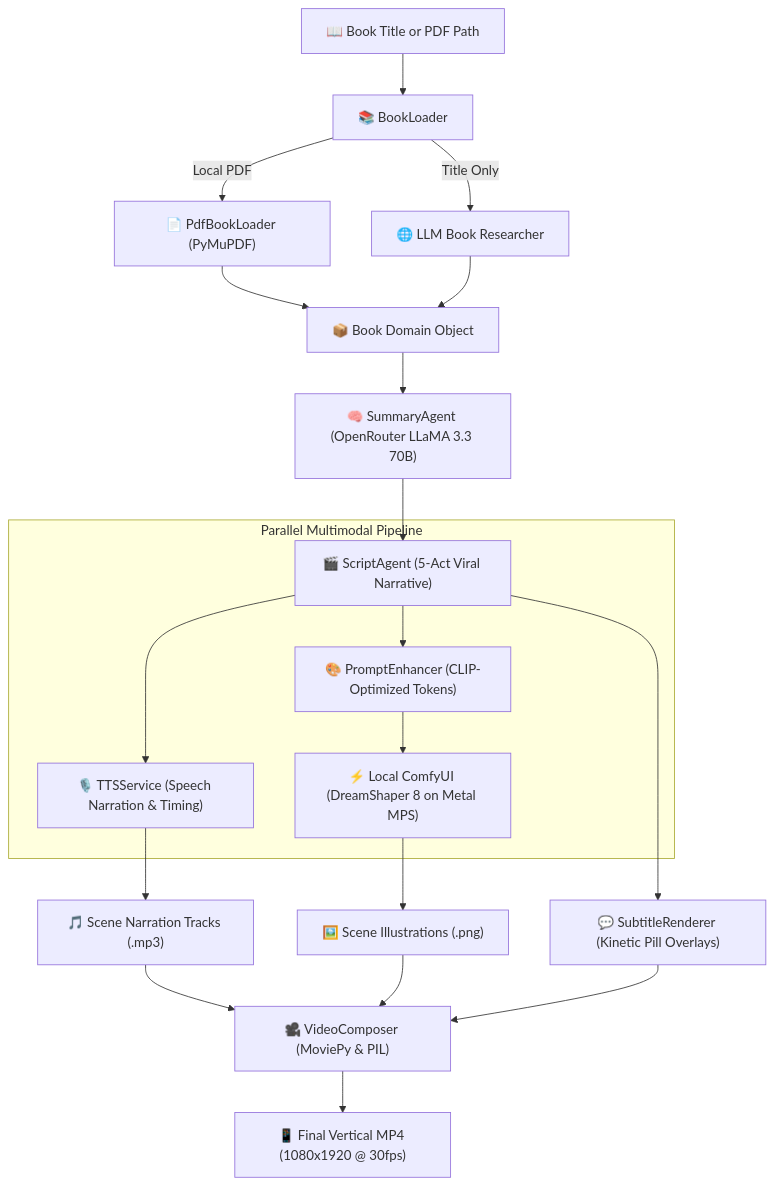
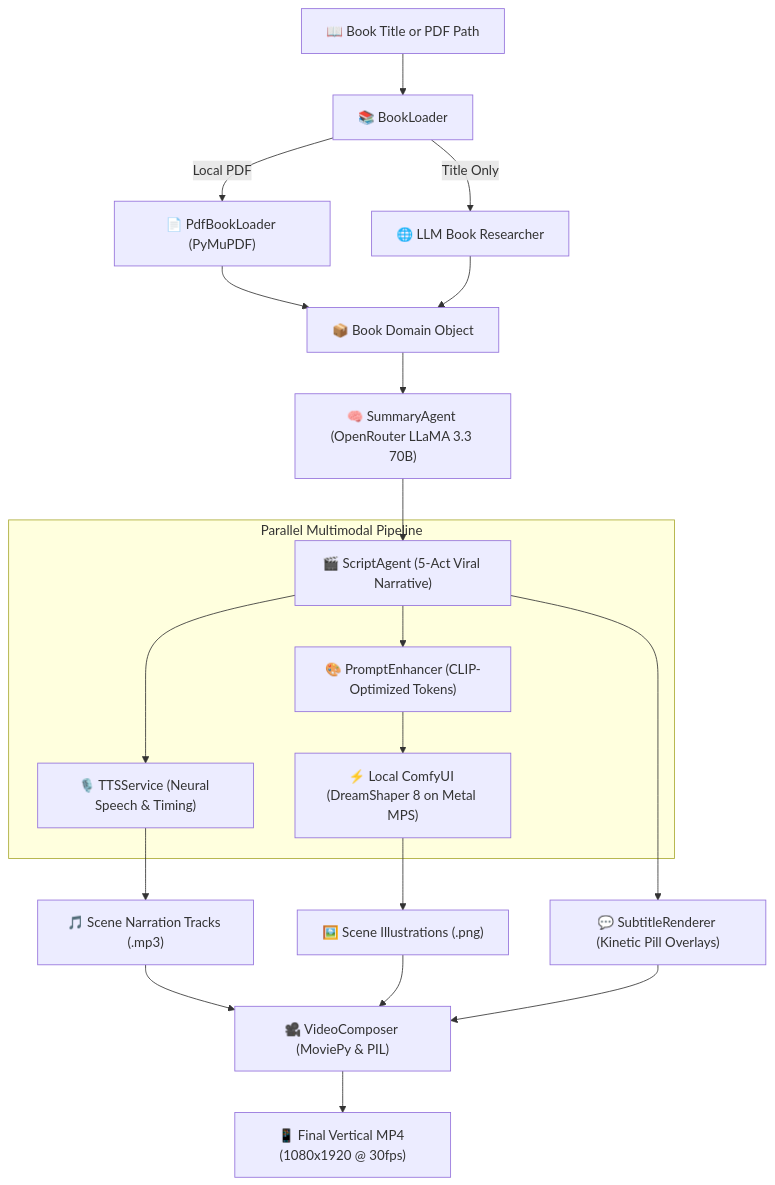
One commit to sanishchahero/narrify-ai changed the diagram in docs/TECHNICAL_DOCUMENTATION.md. Above: the diagram before and after it, drawn with Mermaid. The commit also changed other lines of this file and 10 other files, not shown here.

Commit message:
feat: add Growth Story Studio motion graphics engine and infographic slide composer

````diff
--- a/docs/TECHNICAL_DOCUMENTATION.md
+++ b/docs/TECHNICAL_DOCUMENTATION.md
@@ -9,26 +20,26 @@
 ```mermaid
 flowchart TD
     Input["📖 Book Title or PDF Path"] --> Loader["📚 BookLoader"]
     Loader -->|Local PDF| PDF["📄 PdfBookLoader (PyMuPDF)"]
     Loader -->|Title Only| Research["🌐 LLM Book Researcher"]
     
     PDF & Research --> Book["📦 Book Domain Object"]
     Book --> SummaryAgent["🧠 SummaryAgent (OpenRouter LLaMA 3.3 70B)"]
     SummaryAgent --> ScriptAgent["🎬 ScriptAgent (5-Act Viral Narrative)"]
     
     subgraph Parallel Multimodal Pipeline
-        ScriptAgent --> TTSService["🎙️ TTSService (Speech Narration & Timing)"]
+        ScriptAgent --> TTSService["🎙️ TTSService (Neural Speech & Timing)"]
         ScriptAgent --> PromptEnhancer["🎨 PromptEnhancer (CLIP-Optimized Tokens)"]
         PromptEnhancer --> ComfyUI["⚡ Local ComfyUI (DreamShaper 8 on Metal MPS)"]
     end
     
     TTSService --> AudioFiles["🎵 Scene Narration Tracks (.mp3)"]
     ComfyUI --> ImageFiles["🖼️ Scene Illustrations (.png)"]
     
     AudioFiles --> Composer["🎥 VideoComposer (MoviePy & PIL)"]
     ImageFiles --> Composer
     ScriptAgent --> Subtitles["💬 SubtitleRenderer (Kinetic Pill Overlays)"]
     Subtitles --> Composer
     
     Composer --> FinalVideo["📱 Final Vertical MP4 (1080x1920 @ 30fps)"]
 ```
````
